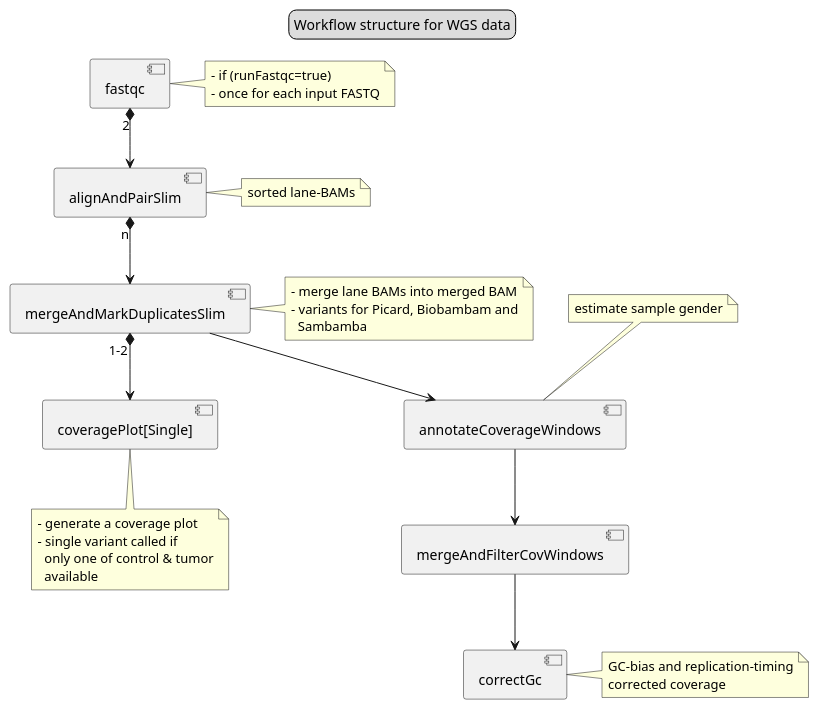
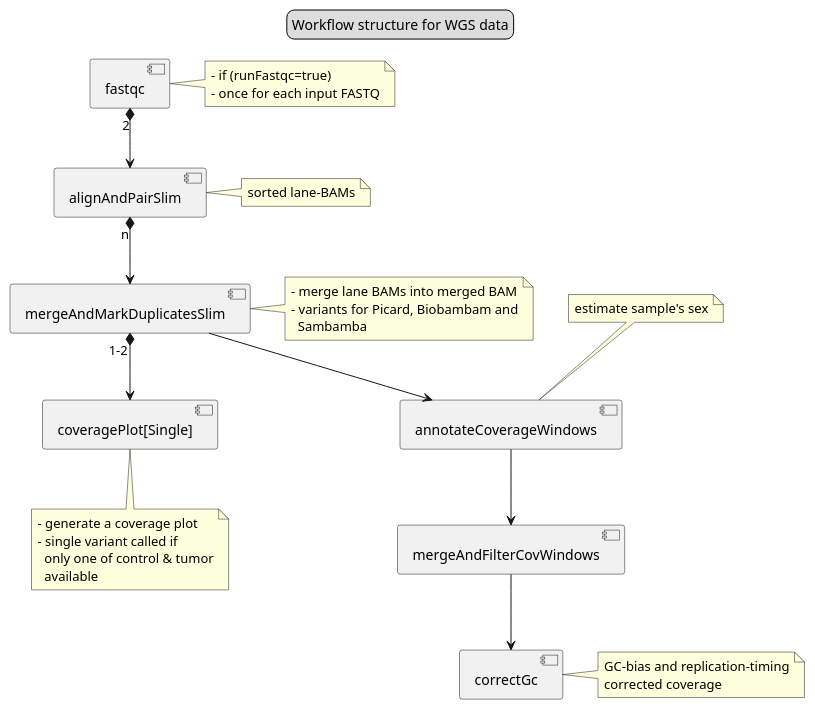
Before and after one commit to DKFZ-ODCF/AlignmentAndQCWorkflows: the diagram in docs/images/jobs-wgs.puml, drawn with PlantUML.

```diff
--- a/docs/images/jobs-wgs.puml
+++ b/docs/images/jobs-wgs.puml
@@ -1,57 +1,57 @@
 @startuml
 
 [fastqc]
 note right of [fastqc]
   - if (runFastqc=true)
   - once for each input FASTQ
 endnote
 
 component alignAndPairSlim as align
 note right of [align] : sorted lane-BAMs
 
 component mergeAndMarkDuplicatesSlim as merge
 note right of [merge]
   - merge lane BAMs into merged BAM
   - variants for Picard, Biobambam and
     Sambamba
 endnote
 
 component "coveragePlot[Single]" as plot
 note bottom of [plot]
   - generate a coverage plot
   - single variant called if
     only one of control & tumor
     available
 endnote
 
 component "annotateCoverageWindows" as annotate
 note top of [annotate]
-  estimate sample gender
+  estimate sample's sex
 endnote
 
 component "mergeAndFilterCovWindows" as filter
 
 component "correctGc" as correct
 note right of [correct]
   GC-bias and replication-timing
   corrected coverage
 endnote
 
 
 [fastqc] "2" *-down-> [align]
 
 [align] "n" *-down-> [merge]
 
 [merge] "1-2" *-down-> [plot]
 
 [merge] -down-> [annotate]
 
 [annotate] -down-> [filter]
 
 [filter] -down-> [correct]
 
 legend top
   Workflow structure for WGS data
 endlegend
 
 @enduml
```
